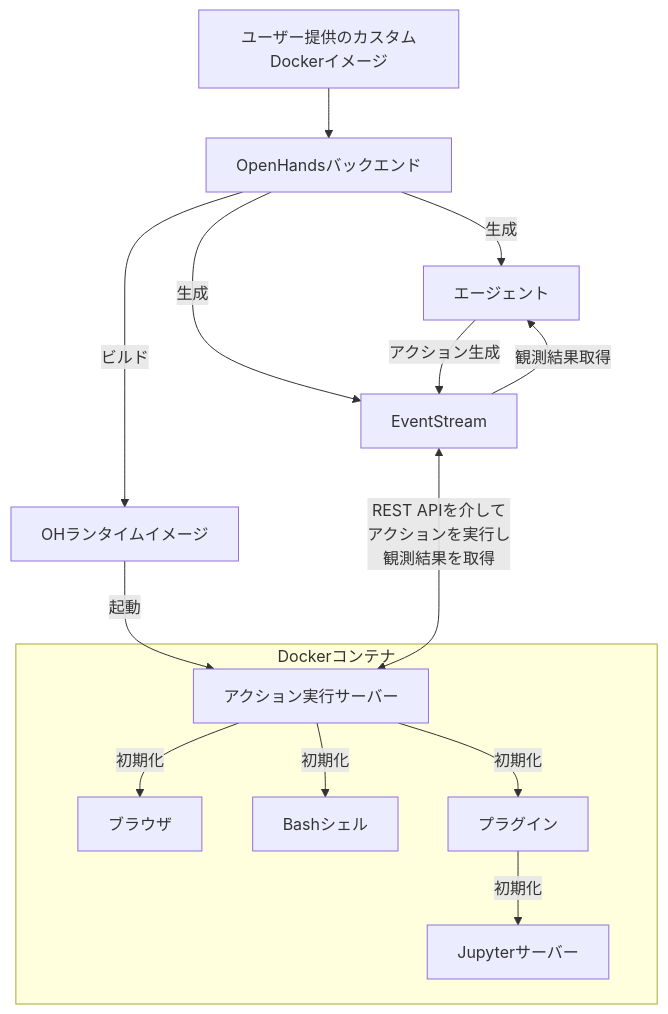
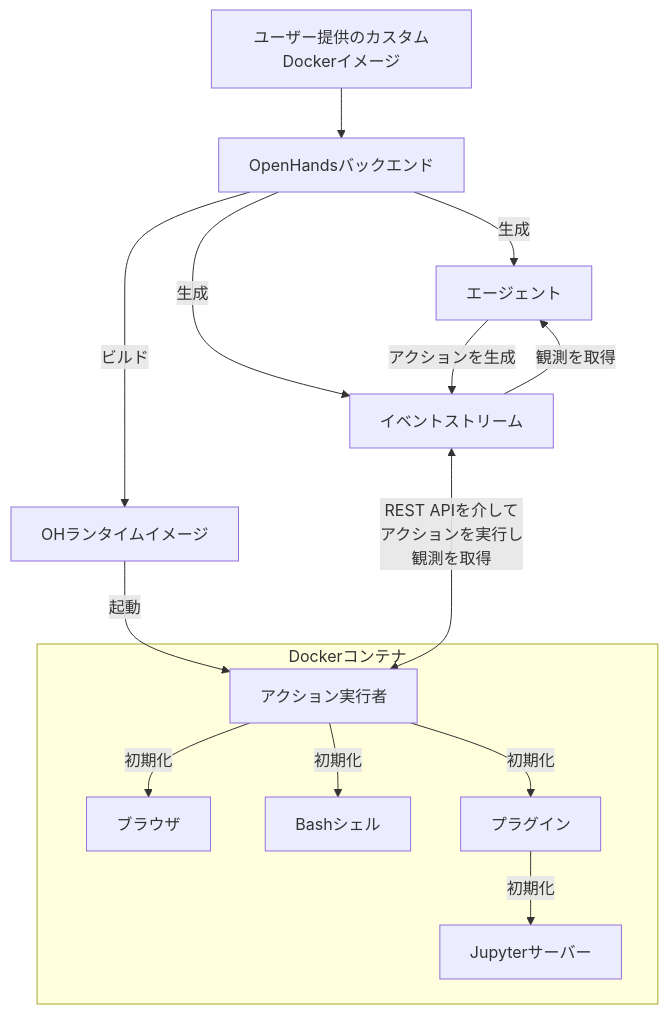
The diagram in docs/i18n/ja/docusaurus-plugin-content-docs/current/usage/architecture/runtime.md (techyst-net/handyst), drawn with Mermaid before and after one commit. The commit also changed other lines of this file and 188 other files, not shown here.

````diff
--- a/docs/i18n/ja/docusaurus-plugin-content-docs/current/usage/architecture/runtime.md
+++ b/docs/i18n/ja/docusaurus-plugin-content-docs/current/usage/architecture/runtime.md
@@ -22,28 +20,28 @@
 ```mermaid
 graph TD
     A[ユーザー提供のカスタムDockerイメージ] --> B[OpenHandsバックエンド]
     B -->|ビルド| C[OHランタイムイメージ]
-    C -->|起動| D[アクション実行サーバー]
+    C -->|起動| D[アクション実行者]
     D -->|初期化| E[ブラウザ]
     D -->|初期化| F[Bashシェル]
     D -->|初期化| G[プラグイン]
     G -->|初期化| L[Jupyterサーバー]
 
     B -->|生成| H[エージェント]
-    B -->|生成| I[EventStream]
+    B -->|生成| I[イベントストリーム]
     I <--->|REST APIを介して
     アクションを実行し
-    観測結果を取得
+    観測を取得
     | D
 
-    H -->|アクション生成| I
-    I -->|観測結果取得| H
+    H -->|アクションを生成| I
+    I -->|観測を取得| H
 
     subgraph "Dockerコンテナ"
     D
     E
     F
     G
     L
     end
 ```
````
